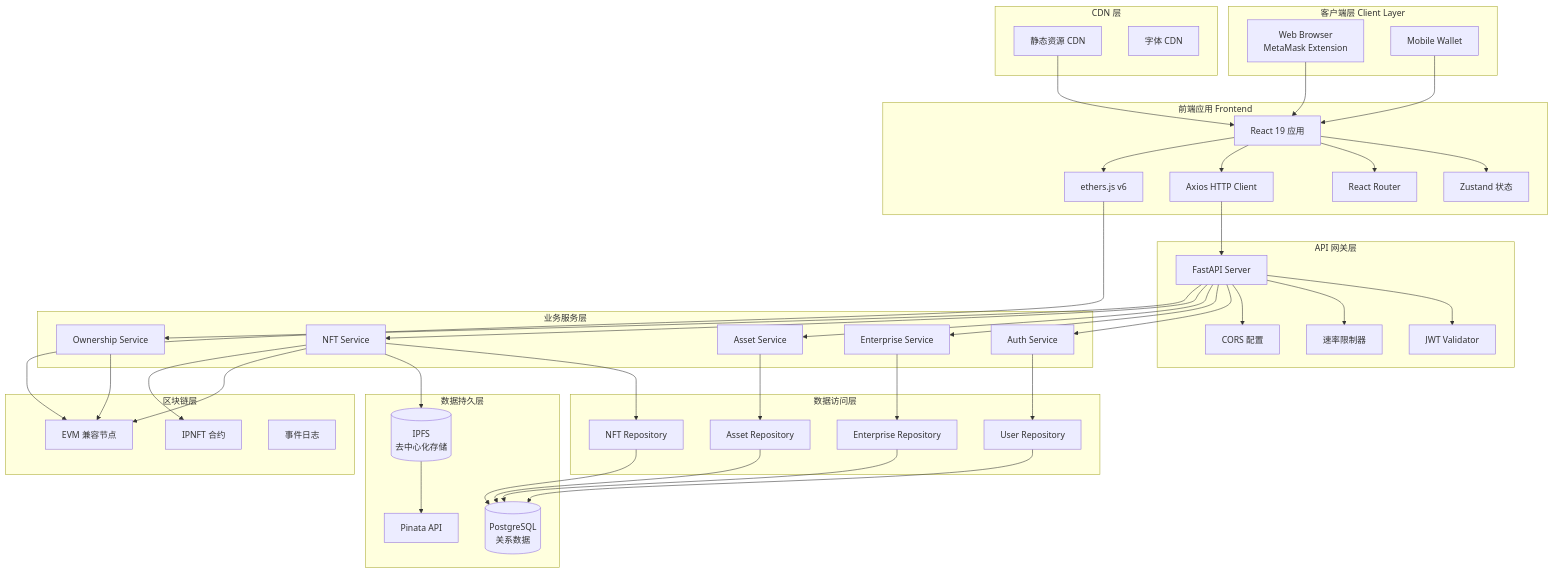
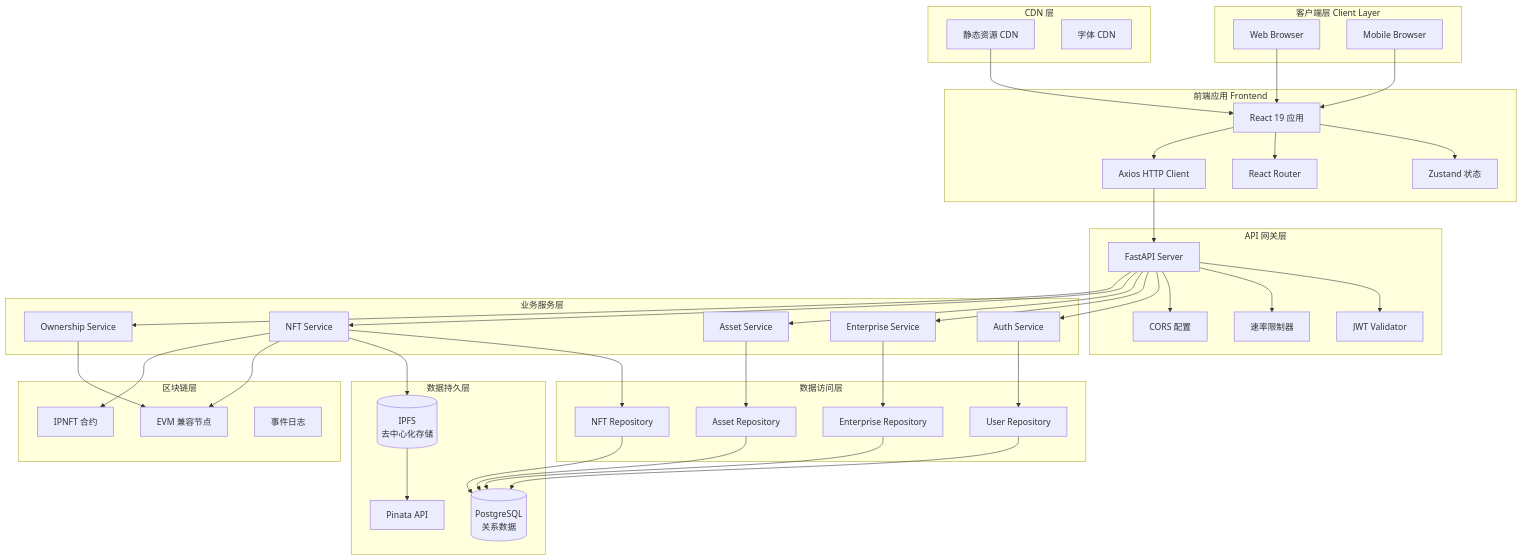
Before and after one commit to Daniele111222/web3.0_system: the ninth of 10 diagrams in docs/web2-web3-architecture.md, drawn with Mermaid. The commit also changed other lines of this file and 2 other files, not shown here.

````diff
--- a/docs/web2-web3-architecture.md
+++ b/docs/web2-web3-architecture.md
@@ -938,8 +928,8 @@
 ```mermaid
 graph TB
     subgraph "客户端层 Client Layer"
-        Browser[Web Browser<br/>MetaMask Extension]
-        Mobile[Mobile Wallet]
+        Browser[Web Browser]
+        Mobile[Mobile Browser]
     end
 
     subgraph "CDN 层"
@@ -952,7 +942,6 @@
         State[Zustand 状态]
         Router[React Router]
         HTTP[Axios HTTP Client]
-        Web3JS[ethers.js v6]
     end
 
     subgraph "API 网关层"
@@ -996,8 +985,6 @@
     UI --> Router
     UI --> HTTP
     HTTP --> FastAPI
-    UI --> Web3JS
-    Web3JS --> EvmNode
     FastAPI --> JWT
     FastAPI --> RateLimiter
     FastAPI --> CORS
````
